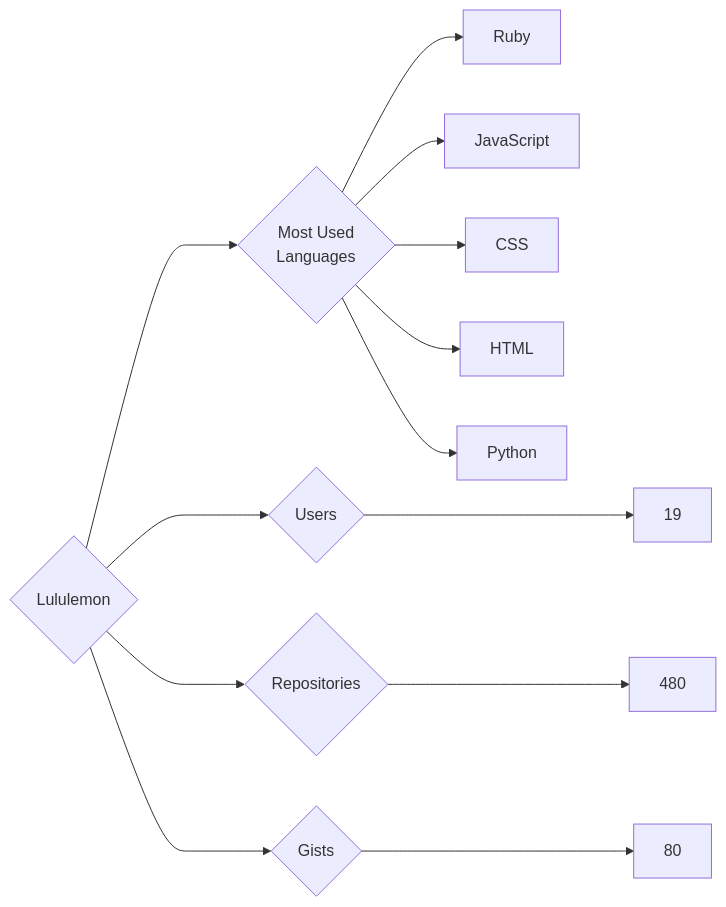
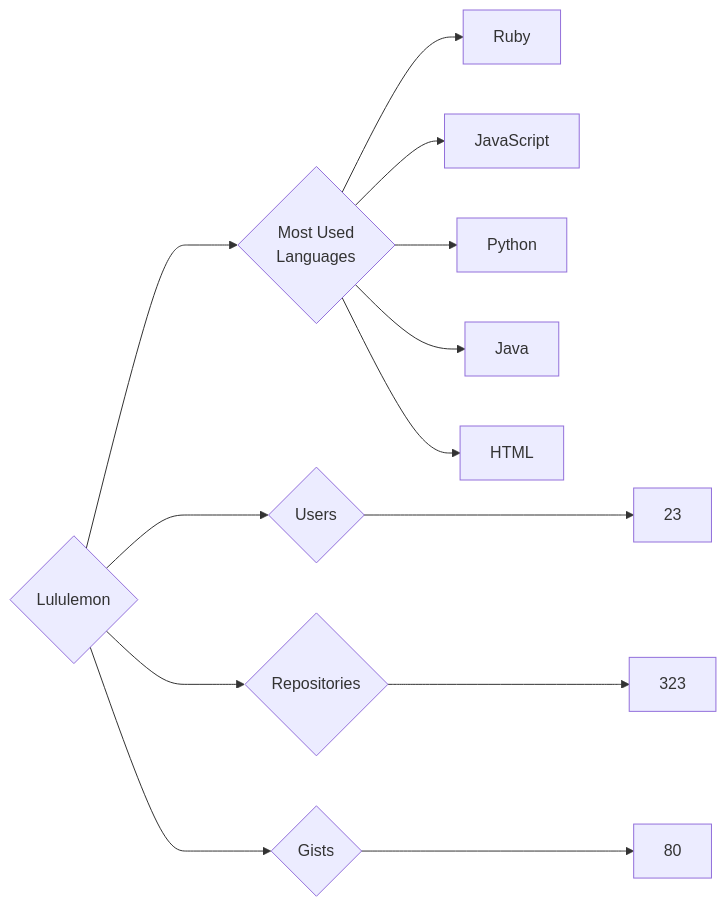
The diagram in targets/Lululemon/README.md (trickest/insiders), drawn with Mermaid before and after one commit. The commit also changed 873 other files, not shown here.

````diff
--- a/targets/Lululemon/README.md
+++ b/targets/Lululemon/README.md
@@ -3,13 +3,13 @@
 ```mermaid
 graph LR
 COMPANY_NAME{Lululemon}
-COMPANY_NAME ---> U{Users} ---> UN[19]
-COMPANY_NAME ---> R{Repositories} ---> RN[480]
+COMPANY_NAME ---> U{Users} ---> UN[23]
+COMPANY_NAME ---> R{Repositories} ---> RN[323]
 COMPANY_NAME ---> G{Gists} ---> GN[80]
 COMPANY_NAME ---> ML{Most Used<br>Languages}
 ML --> Ruby[Ruby]
 ML --> JavaScript[JavaScript]
-ML --> CSS[CSS]
+ML --> Python[Python]
+ML --> Java[Java]
 ML --> HTML[HTML]
-ML --> Python[Python]
 ```
````
